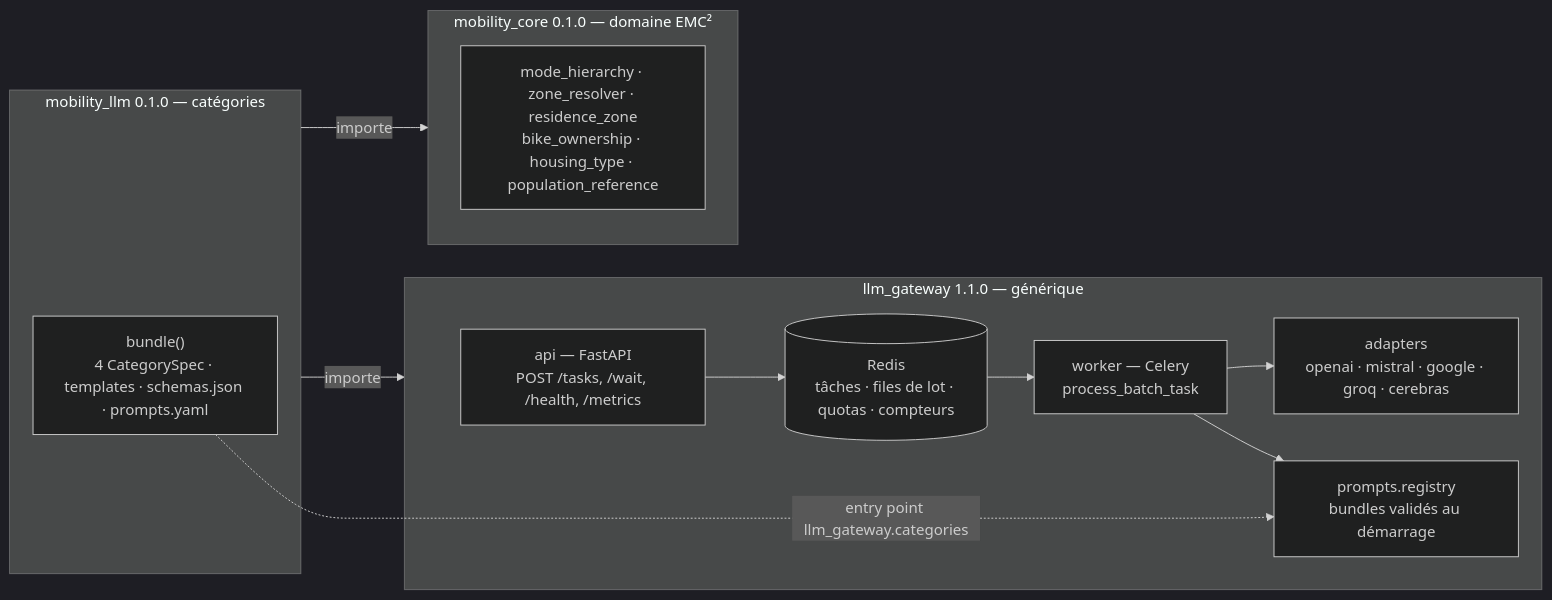
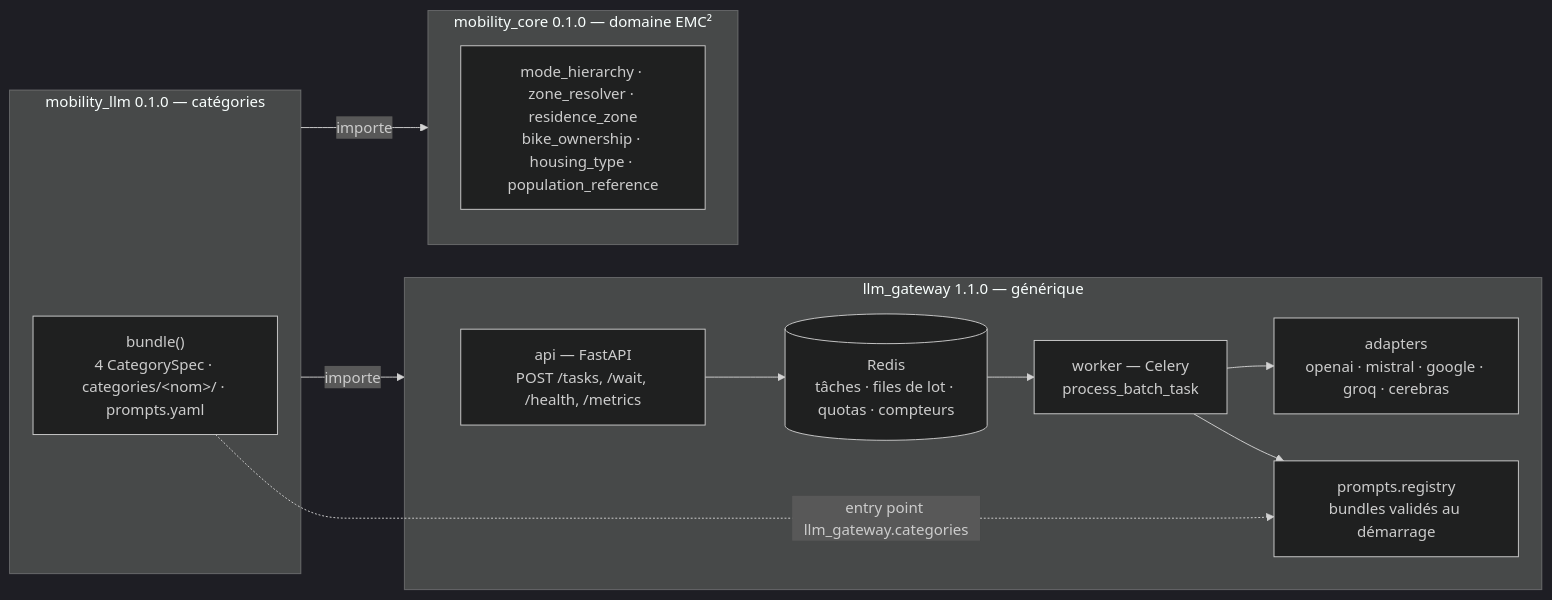
One commit to Ytlse/llm-agents-gama changed the diagram in llm_gateway/docs/index.md. Above: the diagram before and after it, drawn with Mermaid (dark theme). The commit also changed 33 other files, not shown here.

````diff
--- a/llm_gateway/docs/index.md
+++ b/llm_gateway/docs/index.md
@@ -15,21 +15,21 @@
 ```mermaid
 flowchart LR
     subgraph gw["llm_gateway 1.1.0 — générique"]
         api["api — FastAPI<br/>POST /tasks, /wait, /health, /metrics"]
         redis[("Redis<br/>tâches · files de lot · quotas · compteurs")]
         worker["worker — Celery<br/>process_batch_task"]
         adapters["adapters<br/>openai · mistral · google · groq · cerebras"]
         registry["prompts.registry<br/>bundles validés au démarrage"]
         api --> redis --> worker --> adapters
         worker --> registry
     end
     subgraph ml["mobility_llm 0.1.0 — catégories"]
-        bundle["bundle()<br/>4 CategorySpec · templates · schemas.json · prompts.yaml"]
+        bundle["bundle()<br/>4 CategorySpec · categories/&lt;nom&gt;/ · prompts.yaml"]
     end
     subgraph mc["mobility_core 0.1.0 — domaine EMC²"]
         dom["mode_hierarchy · zone_resolver · residence_zone<br/>bike_ownership · housing_type · population_reference"]
     end
     bundle -. "entry point llm_gateway.categories" .-> registry
     ml -- "importe" --> gw
     ml -- "importe" --> mc
 ```
````
